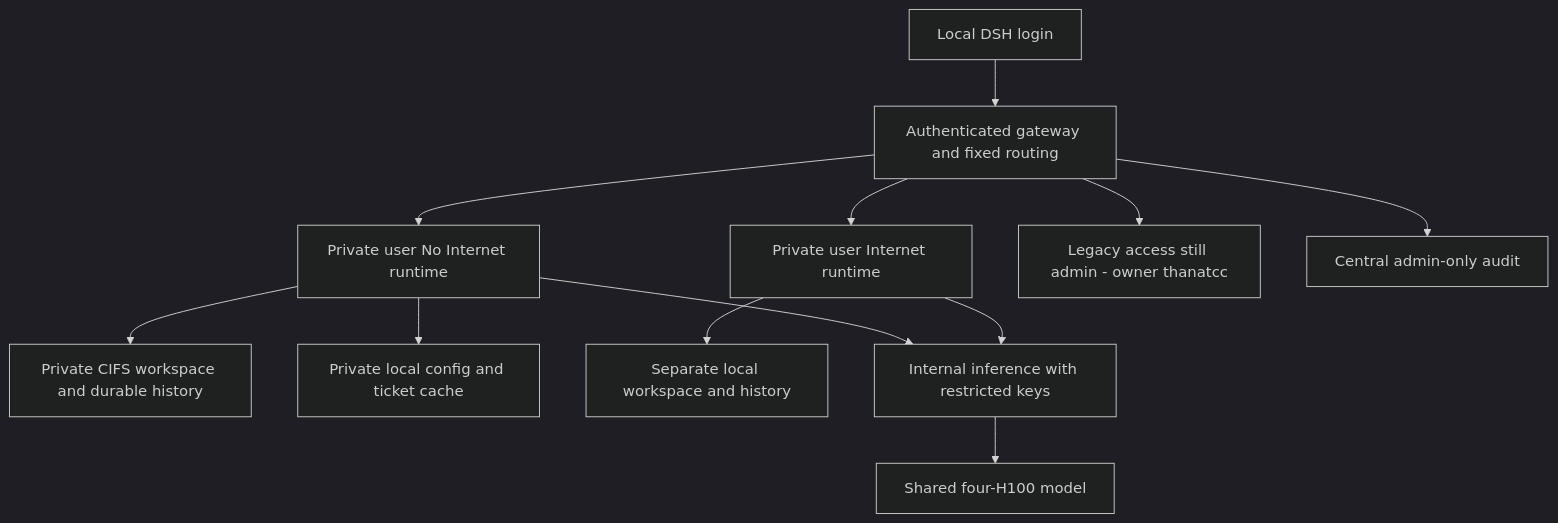
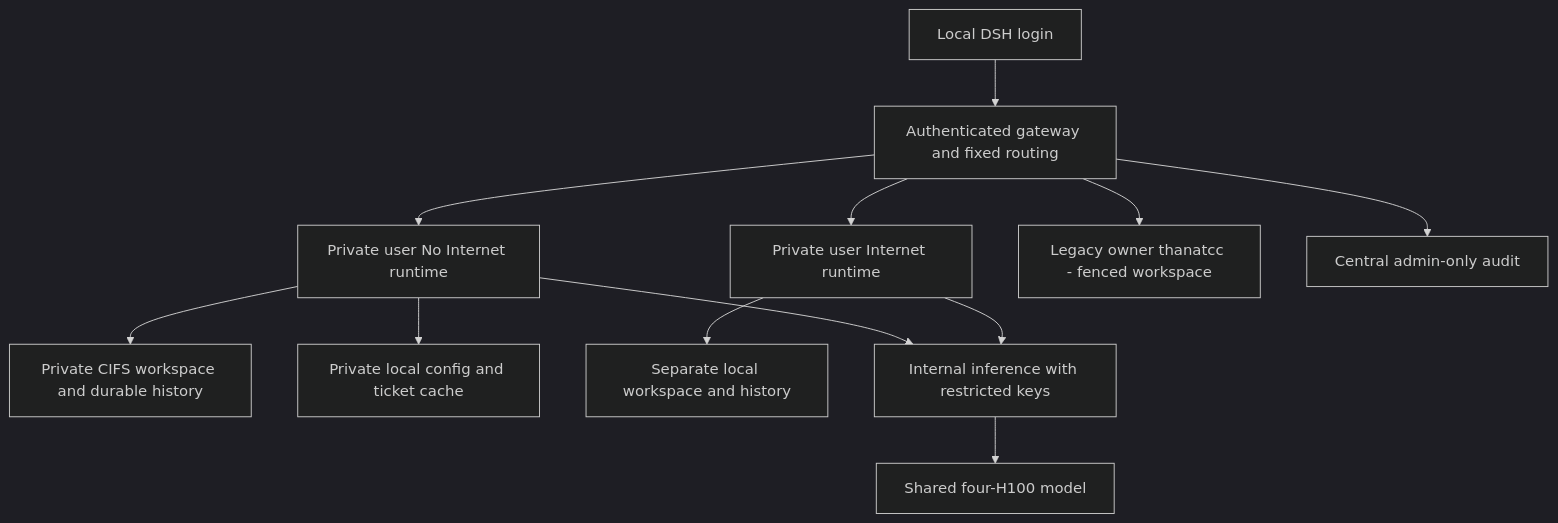
The first of 3 diagrams in docs/DSH_RDT_PILOT_SECURITY_CONTROL_ASSESSMENT.md (skunpoj/dsh_setup), drawn with Mermaid (dark theme) before and after one commit. The commit also changed other lines of this file and 18 other files, not shown here.

Commit message:
Restore thanatcc legacy access, isolate admin runtimes and record remaining boundaries

````diff
--- a/docs/DSH_RDT_PILOT_SECURITY_CONTROL_ASSESSMENT.md
+++ b/docs/DSH_RDT_PILOT_SECURITY_CONTROL_ASSESSMENT.md
@@ -31,14 +31,14 @@
 ```mermaid
 flowchart TB
  U[Local DSH login] --> G[Authenticated gateway and fixed routing]
  G --> S[Private user No Internet runtime]
  G --> I[Private user Internet runtime]
- G --> A[Legacy access still admin - owner thanatcc]
+ G --> A[Legacy owner thanatcc - fenced workspace]
  S --> C[Private CIFS workspace and durable history]
  S --> K[Private local config and ticket cache]
  I --> W[Separate local workspace and history]
  G --> AU[Central admin-only audit]
  S --> L[Internal inference with restricted keys]
  I --> L
  L --> GPU[Shared four-H100 model]
 ```
````
